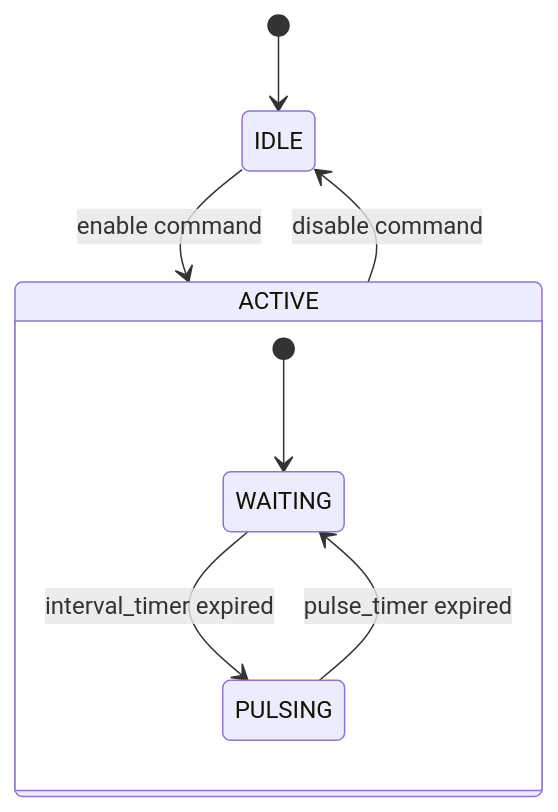
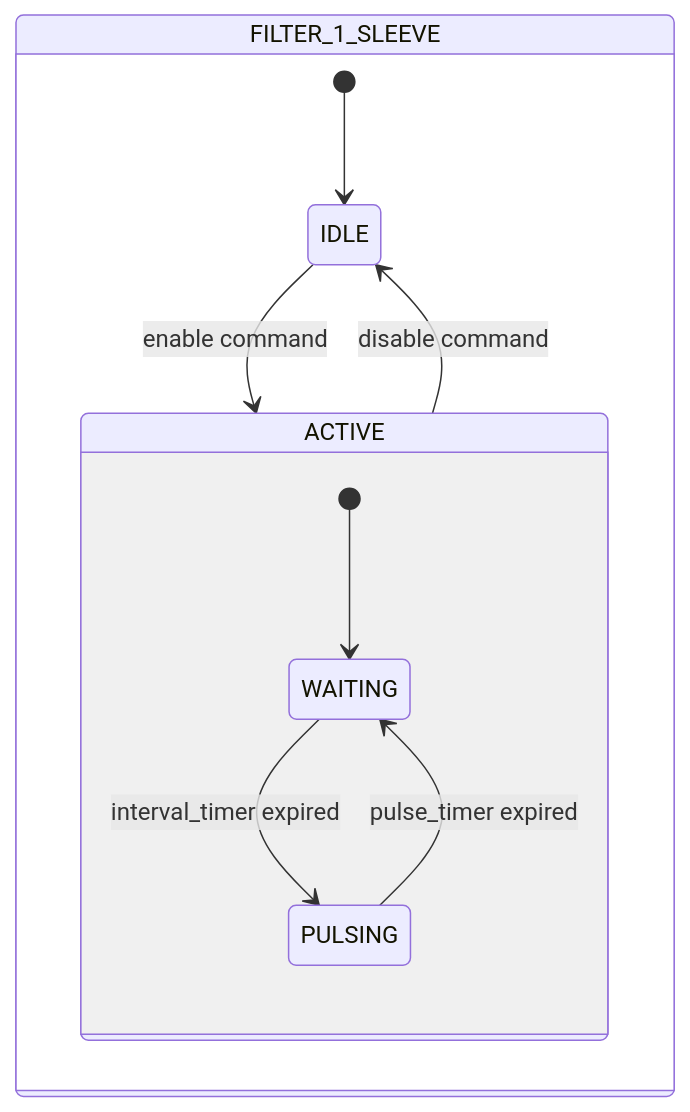
One commit to AleFire99/TIA_knowledge changed the second of 2 diagrams in docs/en/library/filters/1-sleeve/index.md. Above: the diagram before and after it, drawn with Mermaid. The commit also changed other lines of this file and 17 other files, not shown here.

````diff
--- a/docs/en/library/filters/1-sleeve/index.md
+++ b/docs/en/library/filters/1-sleeve/index.md
@@ -88,13 +88,14 @@
 ```mermaid
 stateDiagram-v2
+state FILTER_1_SLEEVE{
     [*] --> IDLE
-
     IDLE --> ACTIVE : enable command
     ACTIVE --> IDLE : disable command
 
     state ACTIVE {
         [*] --> WAITING
         WAITING --> PULSING : interval_timer expired
         PULSING --> WAITING : pulse_timer expired
     }
+}
 ```
````
